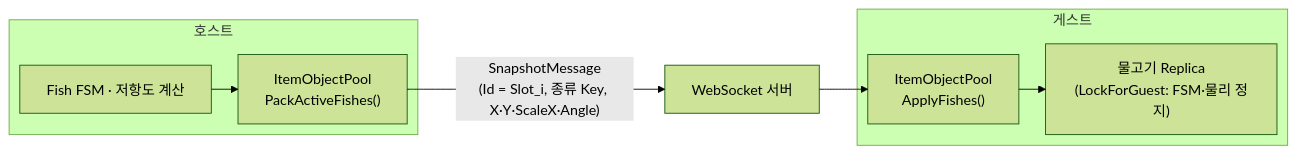
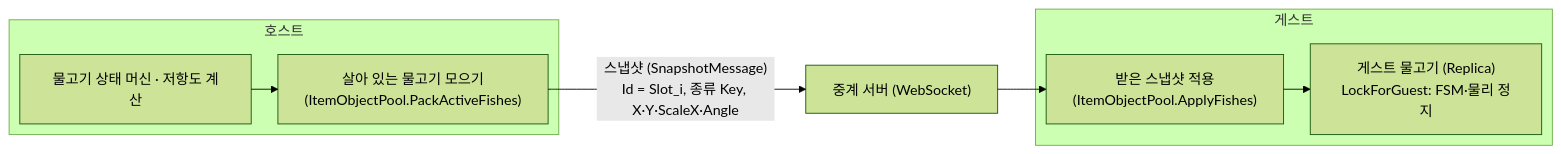
One commit to pinkshield/portfolio changed the fourth of 5 diagrams in src/2-teamproject-hs/기술문서.md. Above: the diagram before and after it, drawn with Mermaid (forest theme). The commit also changed other lines of this file and 3 other files, not shown here.

````diff
--- a/src/2-teamproject-hs/기술문서.md
+++ b/src/2-teamproject-hs/기술문서.md
@@ -213,12 +533,12 @@
 ```mermaid
 %%{init: {"layout": "elk"}}%%
 flowchart LR
     subgraph Host["호스트"]
-        FSM["Fish FSM · 저항도 계산"] --> Pool["ItemObjectPool<br/>PackActiveFishes()"]
+        FSM["물고기 상태 머신 · 저항도 계산"] --> Pool["살아 있는 물고기 모으기<br/>(ItemObjectPool.PackActiveFishes)"]
     end
-    Pool -->|"SnapshotMessage<br/>(Id = Slot_i, 종류 Key, X·Y·ScaleX·Angle)"| WS["WebSocket 서버"]
+    Pool -->|"스냅샷 (SnapshotMessage)<br/>Id = Slot_i, 종류 Key, X·Y·ScaleX·Angle"| WS["중계 서버 (WebSocket)"]
     WS --> Apply
     subgraph Guest["게스트"]
-        Apply["ItemObjectPool<br/>ApplyFishes()"] --> Rep["물고기 Replica<br/>(LockForGuest: FSM·물리 정지)"]
+        Apply["받은 스냅샷 적용<br/>(ItemObjectPool.ApplyFishes)"] --> Rep["게스트 물고기 (Replica)<br/>LockForGuest: FSM·물리 정지"]
     end
 ```
````
